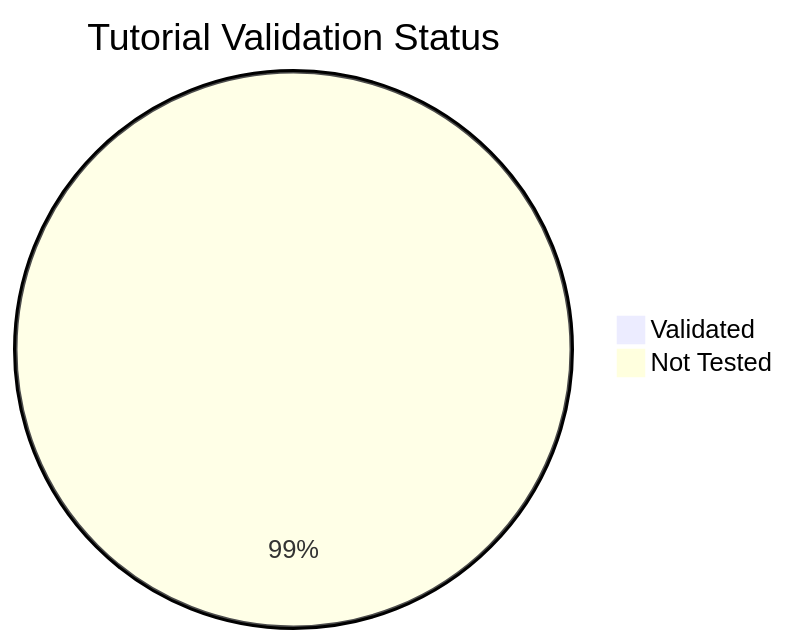
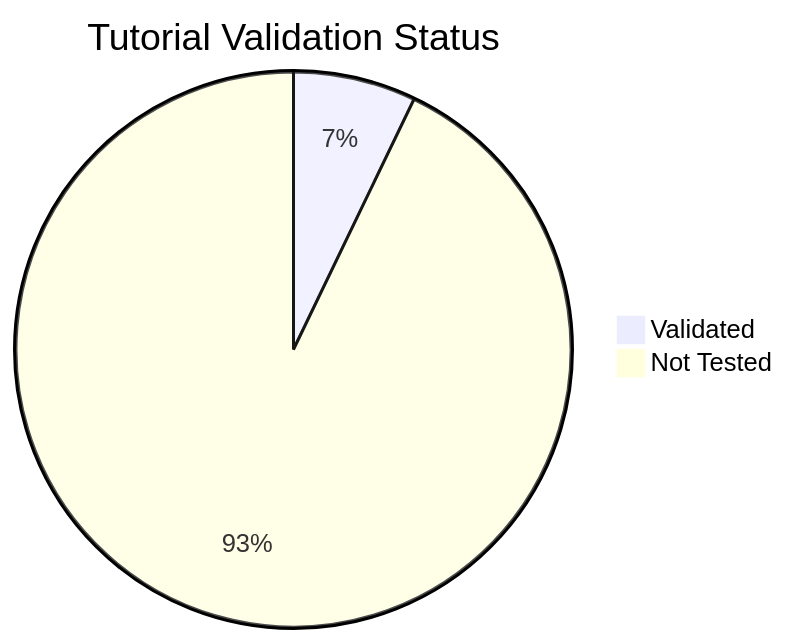
One commit to yeongseon/azure-functions-practical-guide changed the diagram in docs/reference/validation-status.md. Above: the diagram before and after it, drawn with Mermaid. The commit also changed other lines of this file and 7 other files, not shown here.

````diff
--- a/docs/reference/validation-status.md
+++ b/docs/reference/validation-status.md
@@ -17,5 +17,5 @@
 ```mermaid
 pie title Tutorial Validation Status
-    "Validated" : 1
-    "Not Tested" : 111
+    "Validated" : 8
+    "Not Tested" : 104
 ```
````
